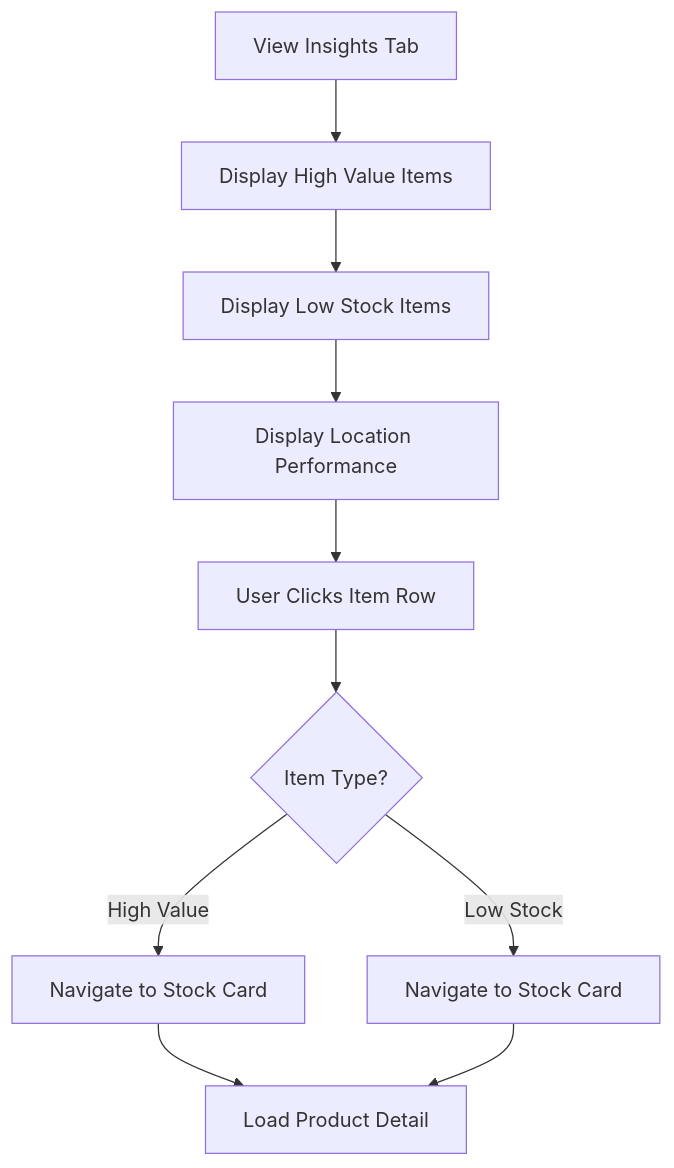
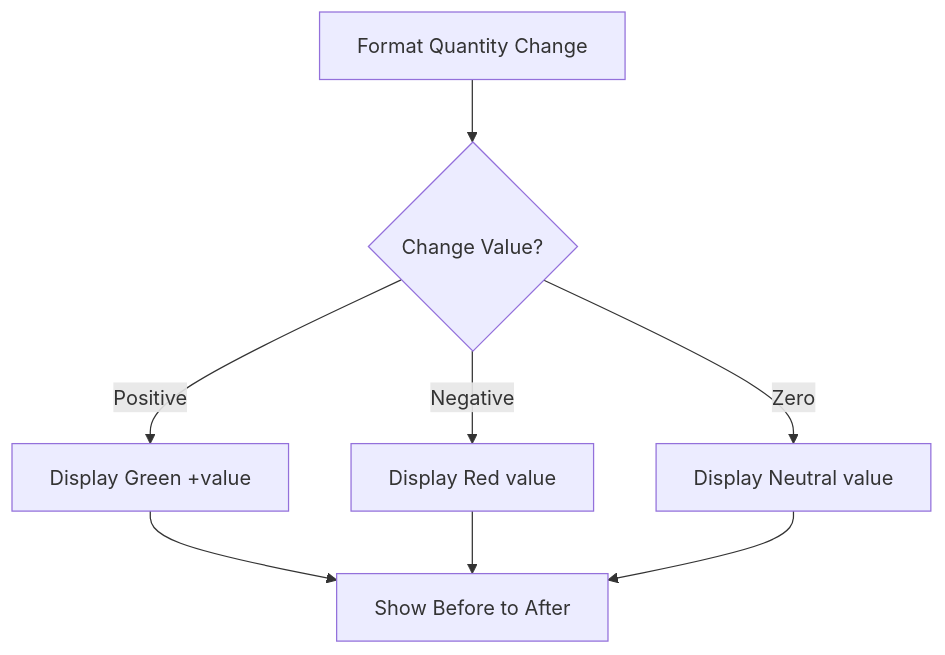
Diagram 16 of 16 in docs/app/inventory-management/stock-overview/inventory-balance/FD-inventory-balance.md (PeakMNA/carmen), drawn with Mermaid before and after one commit. The commit also changed other lines of this file and 473 other files, not shown here.

````diff
--- a/docs/app/inventory-management/stock-overview/inventory-balance/FD-inventory-balance.md
+++ b/docs/app/inventory-management/stock-overview/inventory-balance/FD-inventory-balance.md
@@ -270,12 +309,10 @@
 ```mermaid
 flowchart TD
-    A[View Insights Tab] --> B[Display High Value Items]
-    B --> C[Display Low Stock Items]
-    C --> D[Display Location Performance]
-    D --> E[User Clicks Item Row]
-    E --> F{Item Type?}
-    F -->|High Value| G[Navigate to Stock Card]
-    F -->|Low Stock| H[Navigate to Stock Card]
-    G --> I[Load Product Detail]
-    H --> I
+    A[Format Quantity Change] --> B{Change Value?}
+    B -->|Positive| C[Display Green +value]
+    B -->|Negative| D[Display Red value]
+    B -->|Zero| E[Display Neutral value]
+    C --> F[Show Before to After]
+    D --> F
+    E --> F
 ```
````
